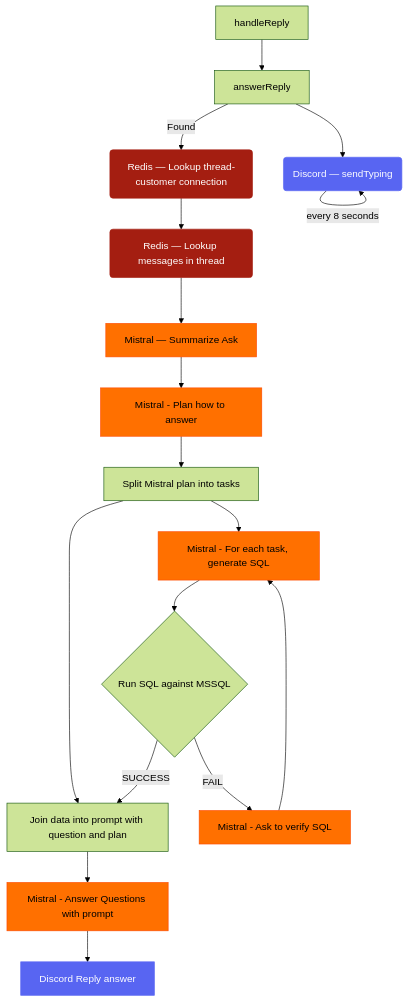
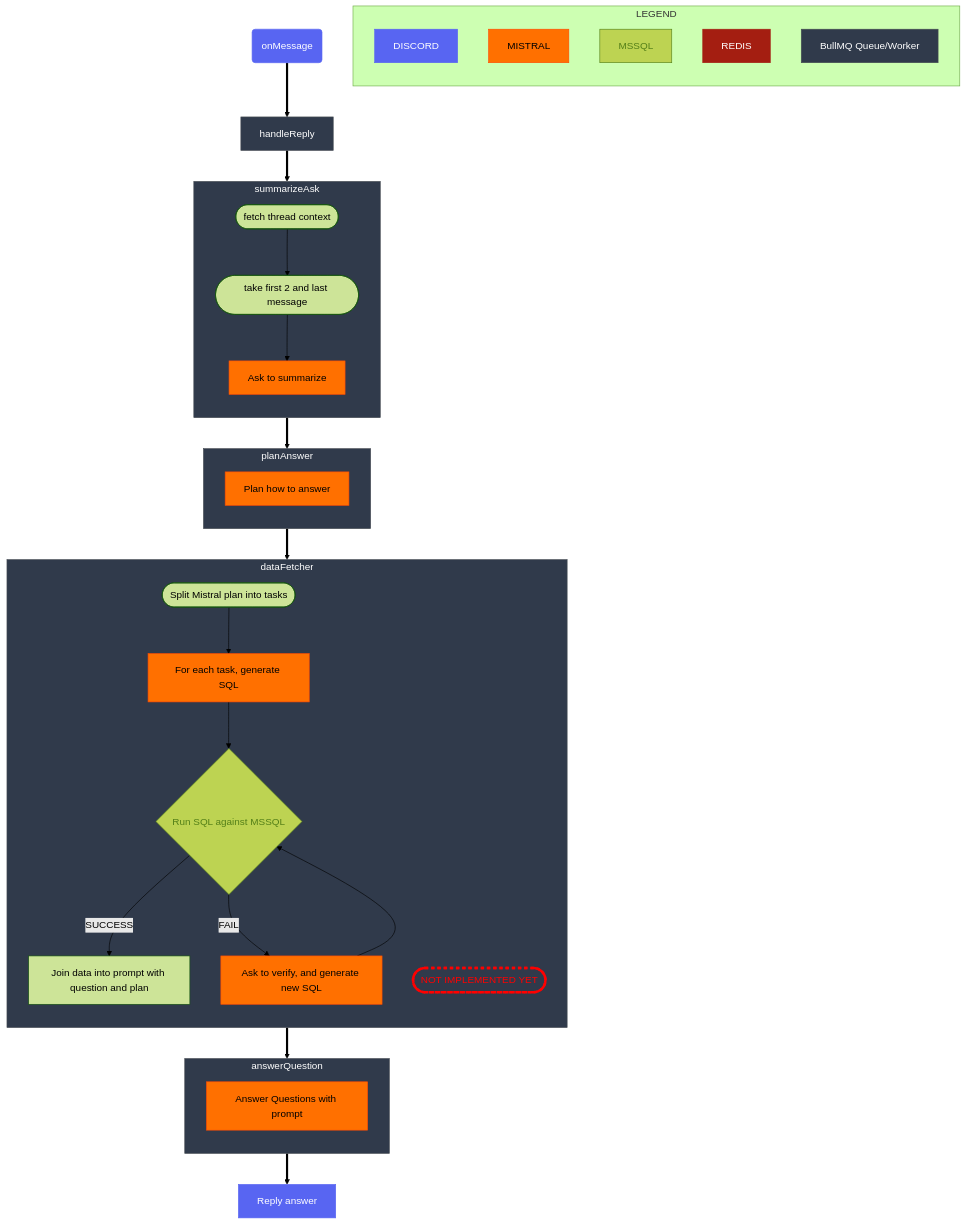
The third of 3 diagrams in README.md (nvaa-se/ai-colleague), drawn with Mermaid (forest theme) before and after one commit. The commit also changed other lines of this file, not shown here.

Commit message:
Improve mermaid charts

````diff
--- a/README.md
+++ b/README.md
@@ -64,40 +95,89 @@
 ```mermaid
 flowchart TB
+    LD[DISCORD]
+    LM[MISTRAL]
+    LS[MSSQL]
+    LR[REDIS]
+    LW[BullMQ Queue/Worker]
 
-    0[handleReply]
-    A[answerReply]
-    B(Discord — sendTyping)
-    C(Redis — Lookup thread-customer connection)
-    D(Redis — Lookup messages in thread)
-    E[Mistral — Summarize Ask]
-    F[Mistral - Plan how to answer]
-    G[Split Mistral plan into tasks]
-    H[Mistral - For each task, generate SQL]
-    I{Run SQL against MSSQL}
-    J[Mistral - Ask to verify SQL]
-    
-    K[Join data into prompt with question and plan]
-    L[Mistral - Answer Questions with prompt]
-    M[Discord Reply answer]
-    
+    0(onMessage)
+    A[handleReply]
 
-    0 --> A --Found--> C --> D --> E --> F --> G --> K --> L --> M
-    G --> H --> I --SUCCESS--> K
-    I --FAIL--> J --> H
-    A --> B --every 8 seconds--> B
+    B1([fetch thread context])
+    B2([take first 2 and last message])
+    B3[Ask to summarize]
+
+    C1[Plan how to answer]
+
+    D1([Split Mistral plan into tasks])
+    D2[For each task, generate SQL]
+    D3{Run SQL against MSSQL}
+    D4[Ask to verify, and generate new SQL]
+
+    D5[Join data into prompt with question and plan]
+    L[Answer Questions with prompt]
+    M[Reply answer]
+
+    NA(["NOT IMPLEMENTED YET"])
+
+    subgraph LEGEND
+        direction TB
+        LD
+        LM
+        LS
+        LR
+        LW
+    end
+
+    0 ==> A ==> summarizeAsk ==> planAnswer ==> dataFetcher ==> answerQuestion ==> M
+    subgraph summarizeAsk
+        direction TB
+        B1 --> B2 --> B3
+    end
+    subgraph planAnswer
+        direction TB
+        C1
+    end
+    subgraph dataFetcher
+        direction TB
+        NA
+        D1 --> D2 --> D3 --SUCCESS--> D5
+        D3 --FAIL--> D4 --> D3
+    end
+    subgraph answerQuestion
+        direction TB
+        L
+    end
+
+
+    %% BullMQ Queue Style
+    style LW color:#ffffff, fill:#303a4b, stroke:#454b52
+    style A color:#ffffff, fill:#303a4b, stroke:#454b52
+    style summarizeAsk color:#ffffff, fill:#303a4b, stroke:#454b52
+    style planAnswer color:#ffffff, fill:#303a4b, stroke:#454b52
+    style dataFetcher color:#ffffff, fill:#303a4b, stroke:#454b52
+    style answerQuestion color:#ffffff, fill:#303a4b, stroke:#454b52
 
     %% Discord Style
-    style B color:#FFFFFF, fill:#5865F2, stroke:#5865F2
+    style LD color:#FFFFFF, fill:#5865F2, stroke:#5865F2
+    style 0 color:#FFFFFF, fill:#5865F2, stroke:#5865F2
     style M color:#FFFFFF, fill:#5865F2, stroke:#5865F2
 
     %% Redis Style
-    style C color:#FFFFFF, stroke:#A41e11, fill:#A41e11
-    style D color:#FFFFFF, stroke:#A41e11, fill:#A41e11
+    style LR color:#FFFFFF, stroke:#A41e11, fill:#A41e11
+
+    %% Not implemented Style
+    style NA color:#FF0000, fill:#303a4b, stroke:#FF0000, stroke-width:4px, stroke-dasharray: 5, 5
 
     %% Mistral Style
-    style E color:#000000, stroke:#ff4900, fill:#ff7000
-    style F color:#000000, stroke:#ff4900, fill:#ff7000
-    style H color:#000000, stroke:#ff4900, fill:#ff7000
-    style J color:#000000, stroke:#ff4900, fill:#ff7000
+    style LM color:#000000, stroke:#ff4900, fill:#ff7000
+    style B3 color:#000000, stroke:#ff4900, fill:#ff7000
+    style C1 color:#000000, stroke:#ff4900, fill:#ff7000
+    style D2 color:#000000, stroke:#ff4900, fill:#ff7000
+    style D4 color:#000000, stroke:#ff4900, fill:#ff7000
     style L color:#000000, stroke:#ff4900, fill:#ff7000
+
+    %% MSSQL Style
+    style LS color:#537F18, fill:#BDD352, stroke:#537F18
+    style D3 color:#537F18, fill:#BDD352, stroke:#537F18
 ```
````
